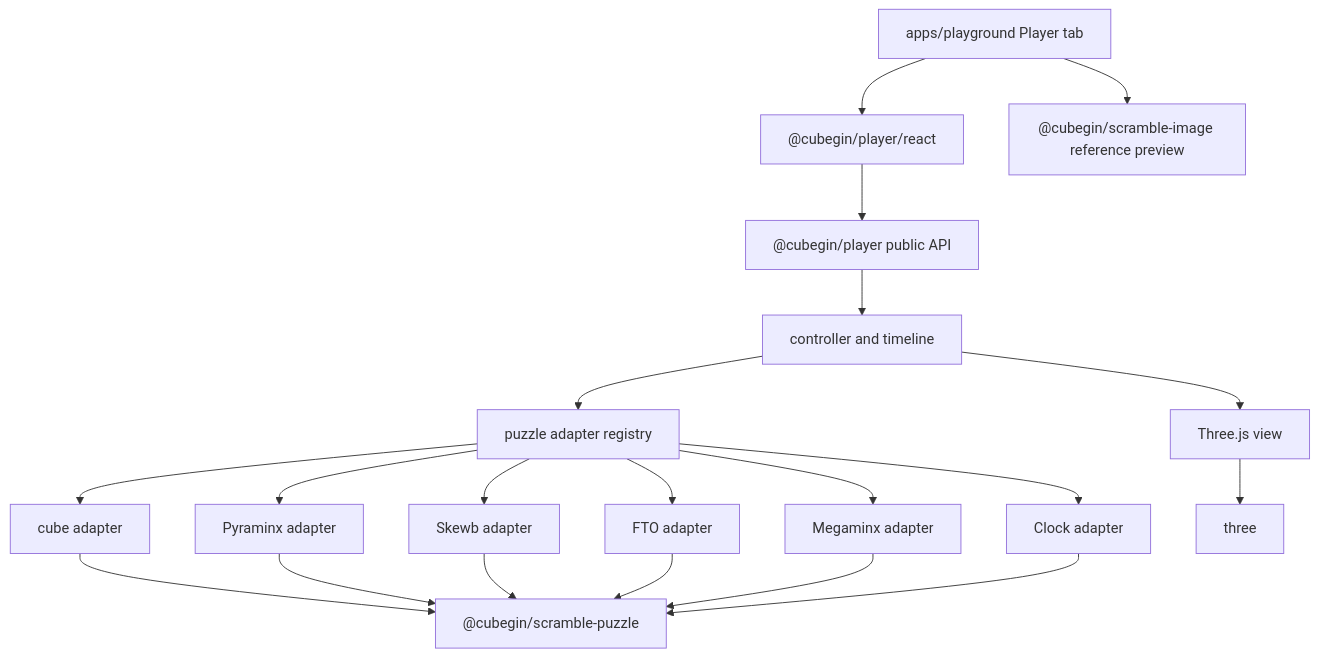
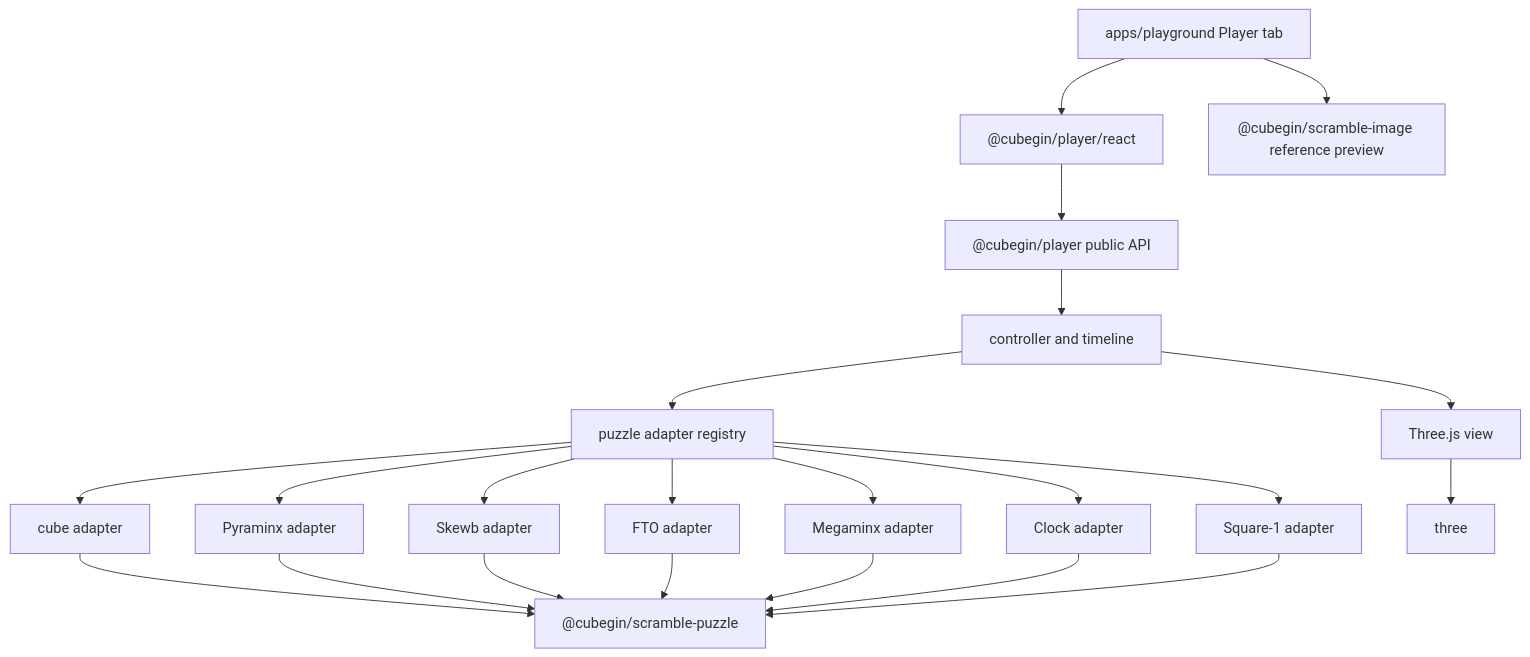
The diagram in docs/packages/player/index.md (deweyou/cube-kit), drawn with Mermaid before and after one commit. The commit also changed other lines of this file and 28 other files, not shown here.

````diff
--- a/docs/packages/player/index.md
+++ b/docs/packages/player/index.md
@@ -3,22 +3,24 @@
 ```mermaid
 flowchart TD
     Public["@cubegin/player public API"] --> Controller["controller and timeline"]
     React["@cubegin/player/react"] --> Public
     Controller --> Registry["puzzle adapter registry"]
     Registry --> Cube["cube adapter"]
     Registry --> Pyram["Pyraminx adapter"]
     Registry --> Skewb["Skewb adapter"]
     Registry --> Fto["FTO adapter"]
     Registry --> Minx["Megaminx adapter"]
     Registry --> Clock["Clock adapter"]
+    Registry --> Sq1["Square-1 adapter"]
     Controller --> View["Three.js view"]
     View --> Three["three"]
     Cube --> Puzzle["@cubegin/scramble-puzzle"]
     Pyram --> Puzzle
     Skewb --> Puzzle
     Fto --> Puzzle
     Minx --> Puzzle
     Clock --> Puzzle
+    Sq1 --> Puzzle
     Playground["apps/playground Player tab"] --> React
     Playground --> Image["@cubegin/scramble-image reference preview"]
 ```
````
